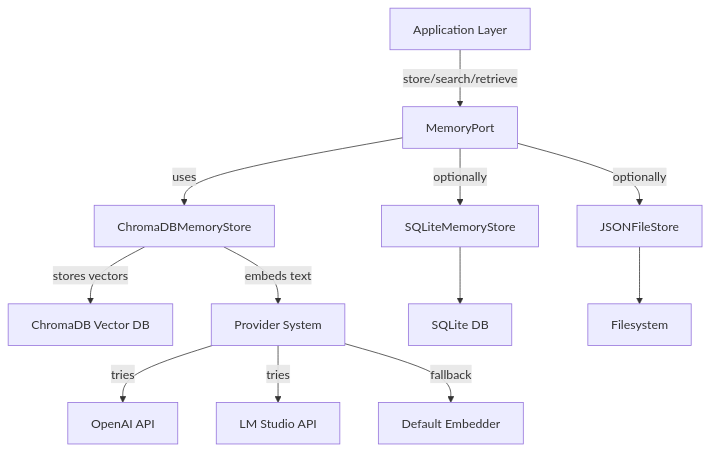
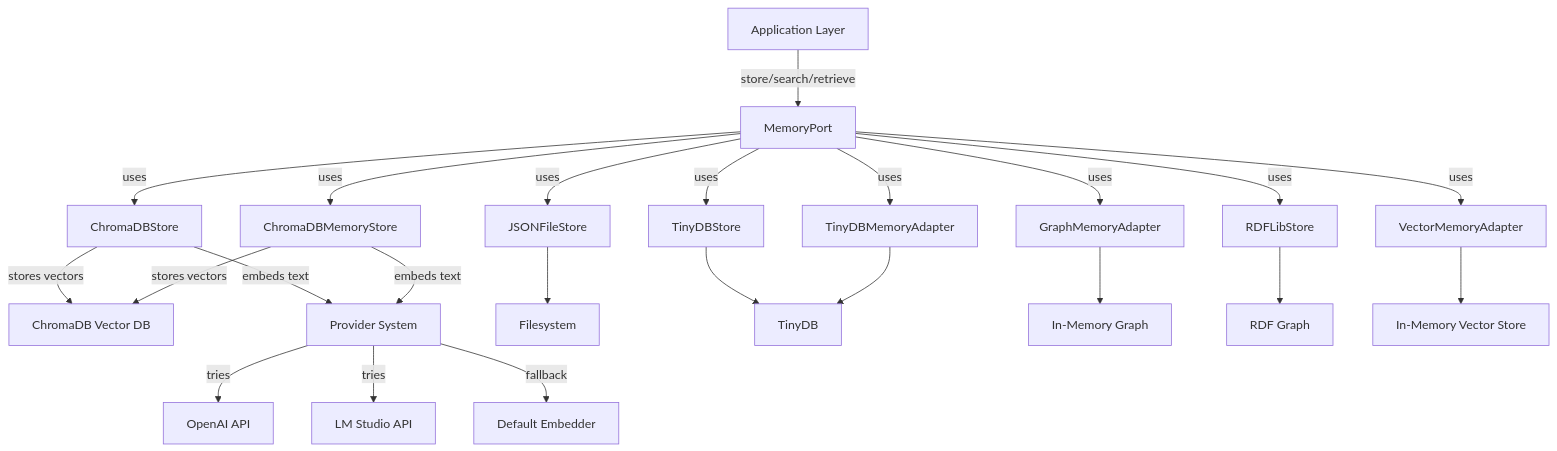
One commit to ravenoak/devsynth changed the first of 2 diagrams in docs/architecture/memory_system.md. Above: the diagram before and after it, drawn with Mermaid. The commit also changed other lines of this file and 468 other files, not shown here.

````diff
--- a/docs/architecture/memory_system.md
+++ b/docs/architecture/memory_system.md
@@ -16,14 +41,25 @@
 ```mermaid
 graph TD
     A[Application Layer] -->|store/search/retrieve| B[MemoryPort]
-    B -->|uses| C[ChromaDBMemoryStore]
-    B -->|optionally| D[SQLiteMemoryStore]
-    B -->|optionally| E[JSONFileStore]
-    C -->|stores vectors| F[ChromaDB Vector DB]
-    C -->|embeds text| G[Provider System]
-    G -->|tries| H[OpenAI API]
-    G -->|tries| I[LM Studio API] 
-    G -->|fallback| J[Default Embedder]
-    D --> K[SQLite DB]
-    E --> L[Filesystem]
+    B -->|uses| C[ChromaDBStore]
+    B -->|uses| C2[ChromaDBMemoryStore]
+    B -->|uses| E[JSONFileStore]
+    B -->|uses| F[TinyDBStore]
+    B -->|uses| F2[TinyDBMemoryAdapter]
+    B -->|uses| G[GraphMemoryAdapter]
+    B -->|uses| H[RDFLibStore]
+    B -->|uses| I[VectorMemoryAdapter]
+    C -->|stores vectors| J[ChromaDB Vector DB]
+    C -->|embeds text| K[Provider System]
+    C2 -->|stores vectors| J
+    C2 -->|embeds text| K
+    K -->|tries| L[OpenAI API]
+    K -->|tries| M[LM Studio API] 
+    K -->|fallback| N[Default Embedder]
+    E --> O[Filesystem]
+    F --> P[TinyDB]
+    F2 --> P
+    G --> Q[In-Memory Graph]
+    H --> R[RDF Graph]
+    I --> S[In-Memory Vector Store]
 ```
````
